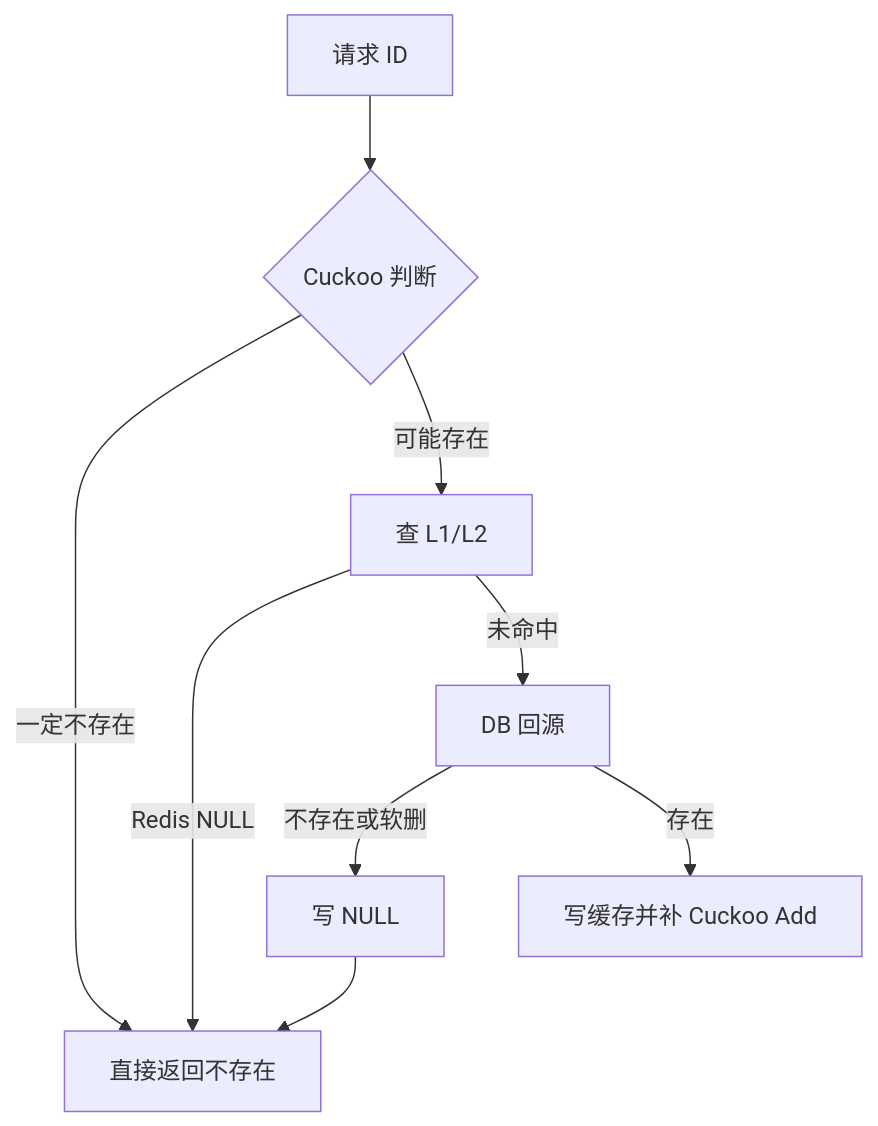
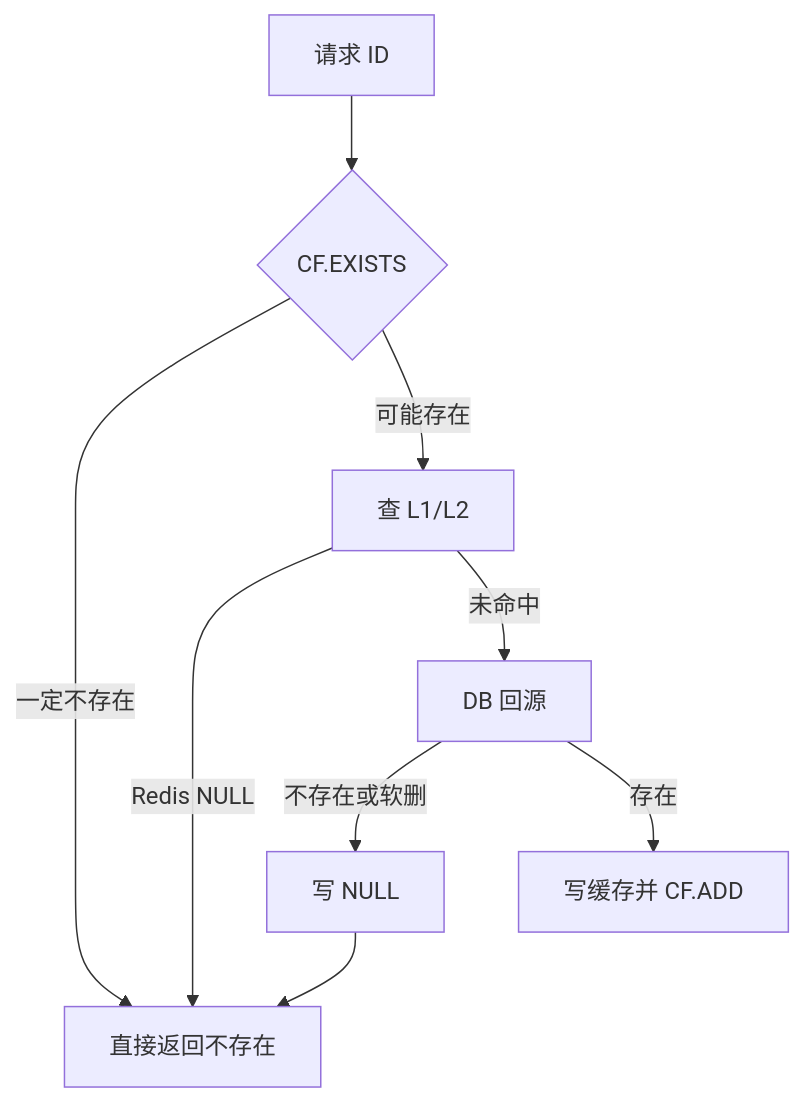
One commit to bitladykiller/zhiguang_go changed the seventh of 9 diagrams in docs/modules/09-热点缓存与多级缓存策略.md. Above: the diagram before and after it, drawn with Mermaid. The commit also changed other lines of this file and 12 other files, not shown here.

````diff
--- a/docs/modules/09-热点缓存与多级缓存策略.md
+++ b/docs/modules/09-热点缓存与多级缓存策略.md
@@ -350,11 +350,11 @@
 ```mermaid
 flowchart TD
-    A[请求 ID] --> B{Cuckoo 判断}
+    A[请求 ID] --> B{CF.EXISTS}
     B -->|一定不存在| C[直接返回不存在]
     B -->|可能存在| D[查 L1/L2]
     D -->|Redis NULL| C
     D -->|未命中| E[DB 回源]
     E -->|不存在或软删| F[写 NULL]
     F --> C
-    E -->|存在| G[写缓存并补 Cuckoo Add]
+    E -->|存在| G[写缓存并 CF.ADD]
 ```
````
